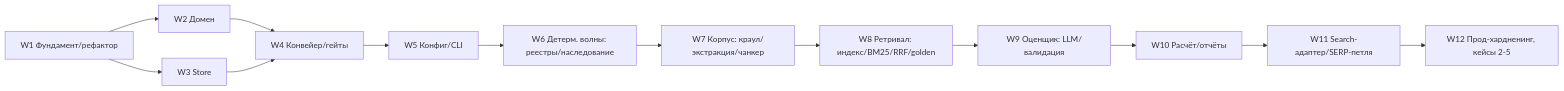
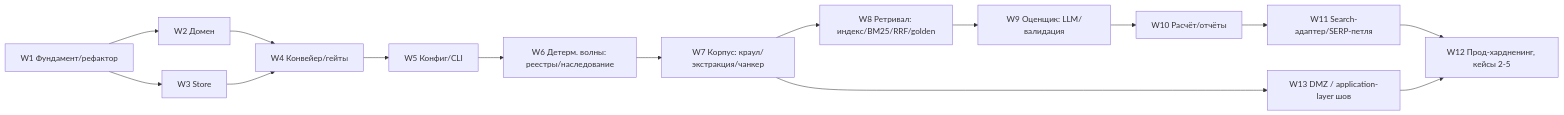
One commit to drbye78/cohound changed the diagram in docs/architecture/06-implementation-strategy.md. Above: the diagram before and after it, drawn with Mermaid. The commit also changed other lines of this file and 10 other files, not shown here.

````diff
--- a/docs/architecture/06-implementation-strategy.md
+++ b/docs/architecture/06-implementation-strategy.md
@@ -80,15 +80,17 @@
 ```mermaid
 flowchart LR
     W1[W1 Фундамент/рефактор] --> W2[W2 Домен]
     W1 --> W3[W3 Store]
     W2 --> W4[W4 Конвейер/гейты]
     W3 --> W4
     W4 --> W5[W5 Конфиг/CLI]
     W5 --> W6[W6 Детерм. волны: реестры/наследование]
     W6 --> W7[W7 Корпус: краул/экстракция/чанкер]
     W7 --> W8[W8 Ретривал: индекс/BM25/RRF/golden]
     W8 --> W9[W9 Оценщик: LLM/валидация]
     W9 --> W10[W10 Расчёт/отчёты]
     W10 --> W11[W11 Search-адаптер/SERP-петля]
     W11 --> W12[W12 Прод-хардненинг, кейсы 2-5]
+    W7 --> W13[W13 DMZ / application-layer шов]
+    W13 --> W12
 ```
````
